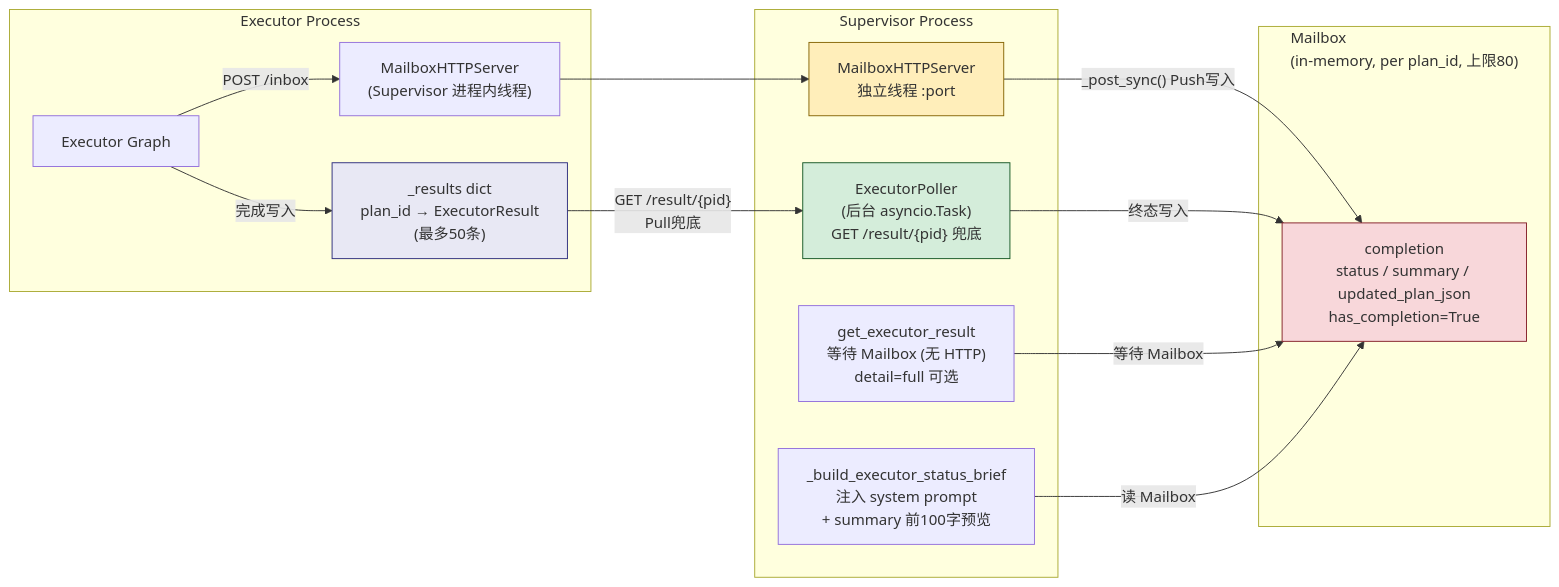
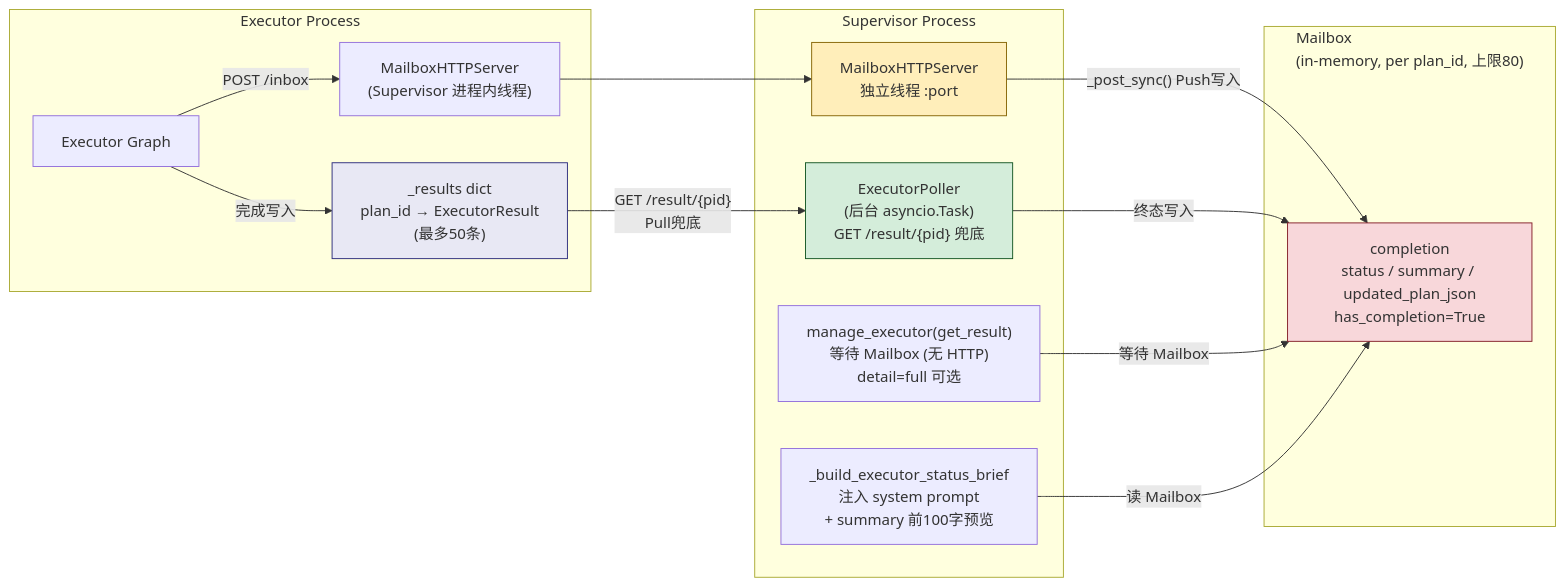
One commit to Tlaven/agent-triad changed the fifth of 8 diagrams in docs/v3-architecture-diagrams.md. Above: the diagram before and after it, drawn with Mermaid. The commit also changed other lines of this file and 39 other files, not shown here.

````diff
--- a/docs/v3-architecture-diagrams.md
+++ b/docs/v3-architecture-diagrams.md
@@ -237,30 +237,30 @@
 ```mermaid
 flowchart LR
     subgraph ExecProc["Executor Process"]
         EG[Executor Graph] -->|完成写入| RS["_results dict<br/>plan_id → ExecutorResult<br/>(最多50条)"]
         EG -->|"POST /inbox"| MBS_ext["MailboxHTTPServer<br/>(Supervisor 进程内线程)"]
     end
 
     subgraph MailboxStore["Mailbox<br/>(in-memory, per plan_id, 上限80)"]
         C["completion<br/>status / summary / updated_plan_json<br/>has_completion=True"]
     end
 
     subgraph SupervisorProc["Supervisor Process"]
         EP_box["ExecutorPoller<br/>(后台 asyncio.Task)<br/>GET /result/{pid} 兜底"]
-        GER["get_executor_result<br/>等待 Mailbox (无 HTTP)<br/>detail=full 可选"]
+        GER["manage_executor(get_result)<br/>等待 Mailbox (无 HTTP)<br/>detail=full 可选"]
         BES["_build_executor_status_brief<br/>注入 system prompt<br/>+ summary 前100字预览"]
         MBS_box["MailboxHTTPServer<br/>独立线程 :port"]
     end
 
     MBS_ext --> MBS_box
     MBS_box -->|"_post_sync() Push写入"| C
     RS -->|"GET /result/{pid}<br/>Pull兜底"| EP_box
     EP_box -->|终态写入| C
     GER -->|等待 Mailbox| C
     BES -->|读 Mailbox| C
 
     style C fill:#f8d7da,stroke:#842029
     style RS fill:#e8e8f4,stroke:#2d2d7d
     style EP_box fill:#d4edda,stroke:#155724
     style MBS_box fill:#ffeeba,stroke:#856404
 ```
````
